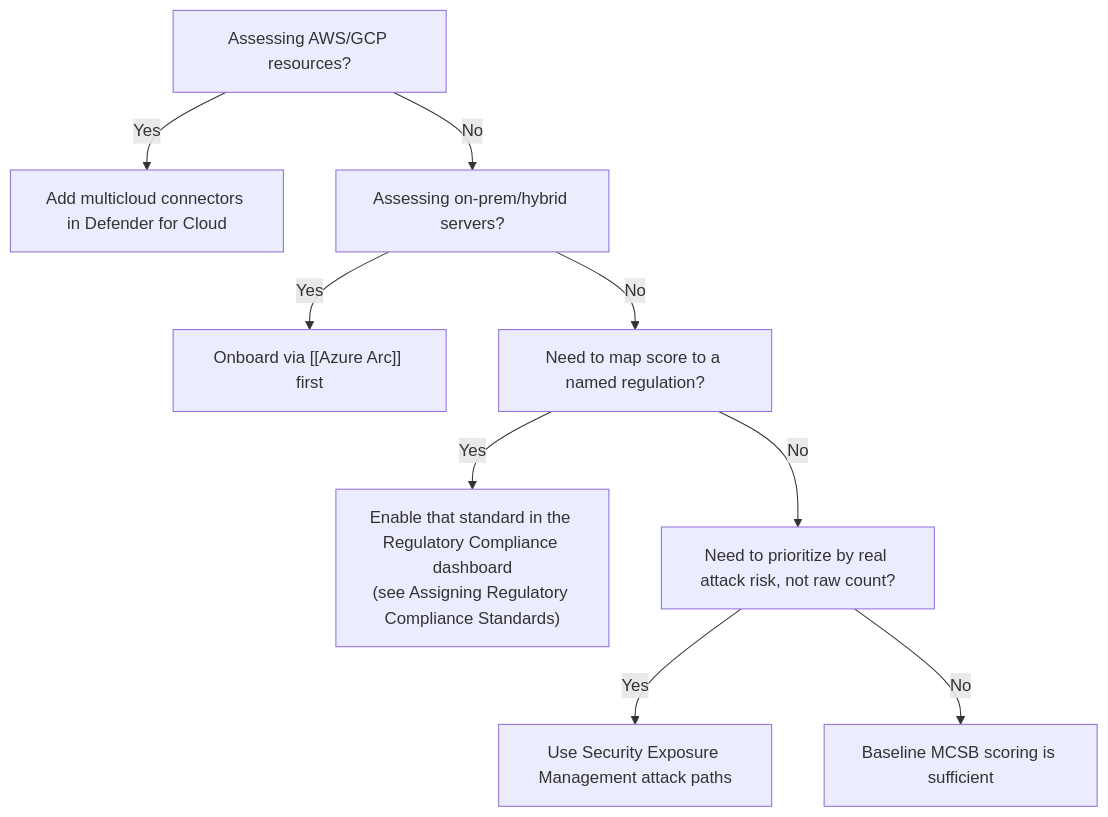
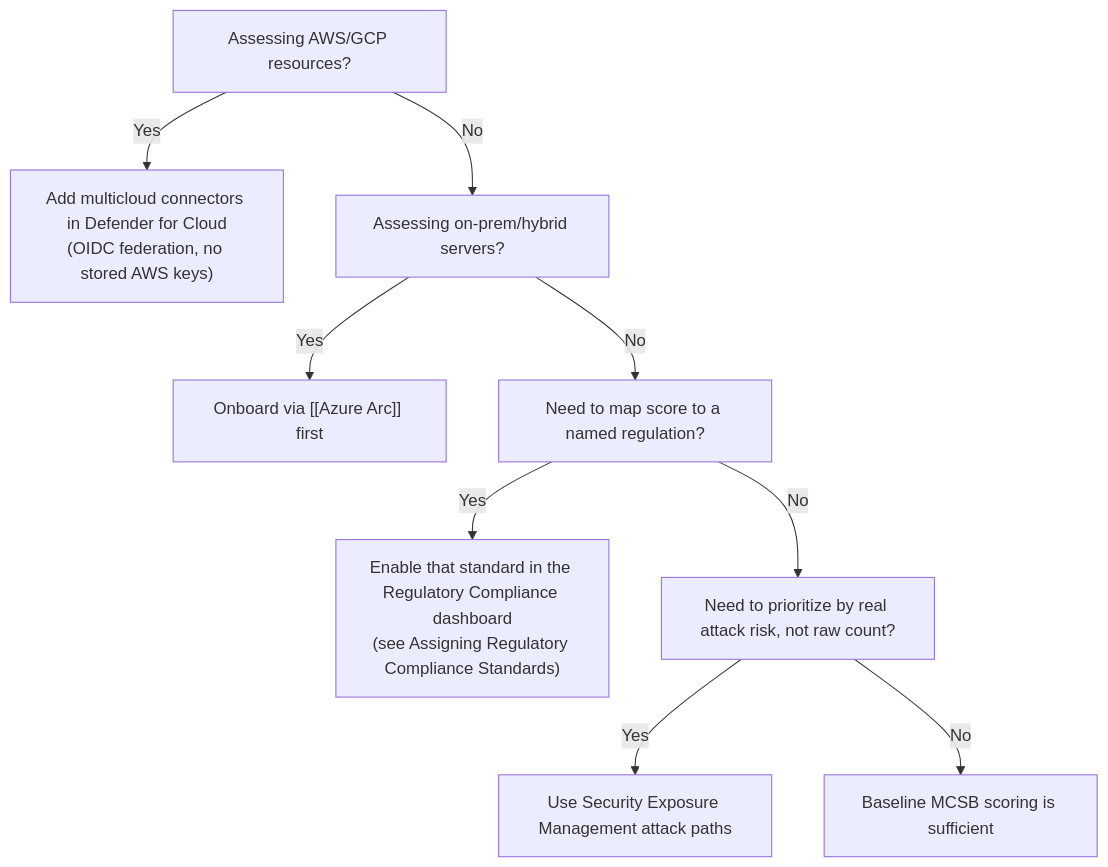
The second of 2 diagrams in 03 Infrastructure/Security Posture Assessments.md (DhruvKai/SC-100), drawn with Mermaid before and after one commit. The commit also changed other lines of this file and 22 other files, not shown here.

````diff
--- a/03 Infrastructure/Security Posture Assessments.md
+++ b/03 Infrastructure/Security Posture Assessments.md
@@ -64,11 +98,11 @@
 ```mermaid
 flowchart TD
-    Q1["Assessing AWS/GCP resources?"] -->|Yes| MC["Add multicloud connectors in Defender for Cloud"]
+    Q1["Assessing AWS/GCP resources?"] -->|Yes| MC["Add multicloud connectors in Defender for Cloud<br/>(OIDC federation, no stored AWS keys)"]
     Q1 -->|No| Q2["Assessing on-prem/hybrid servers?"]
     Q2 -->|Yes| ARC["Onboard via [[Azure Arc]] first"]
     Q2 -->|No| Q3["Need to map score to a named regulation?"]
     Q3 -->|Yes| RCD["Enable that standard in the Regulatory Compliance dashboard<br/>(see Assigning Regulatory Compliance Standards)"]
     Q3 -->|No| Q4["Need to prioritize by real attack risk, not raw count?"]
     Q4 -->|Yes| SEM2["Use Security Exposure Management attack paths"]
     Q4 -->|No| Base["Baseline MCSB scoring is sufficient"]
 ```
````
